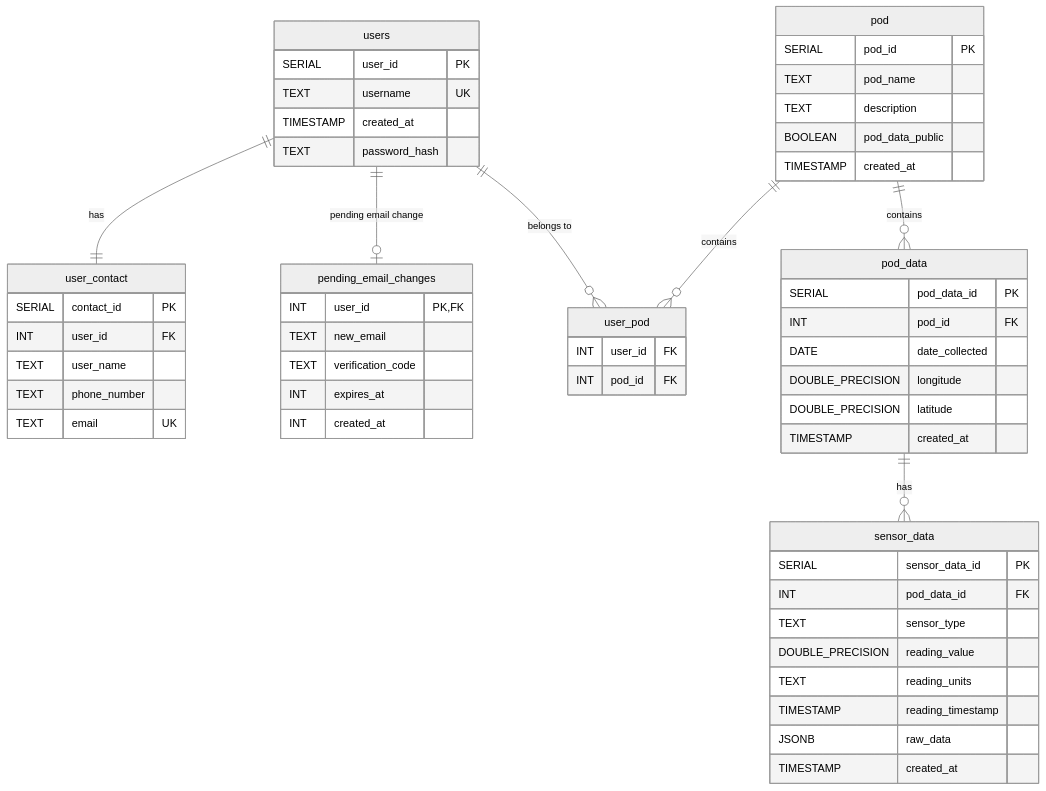
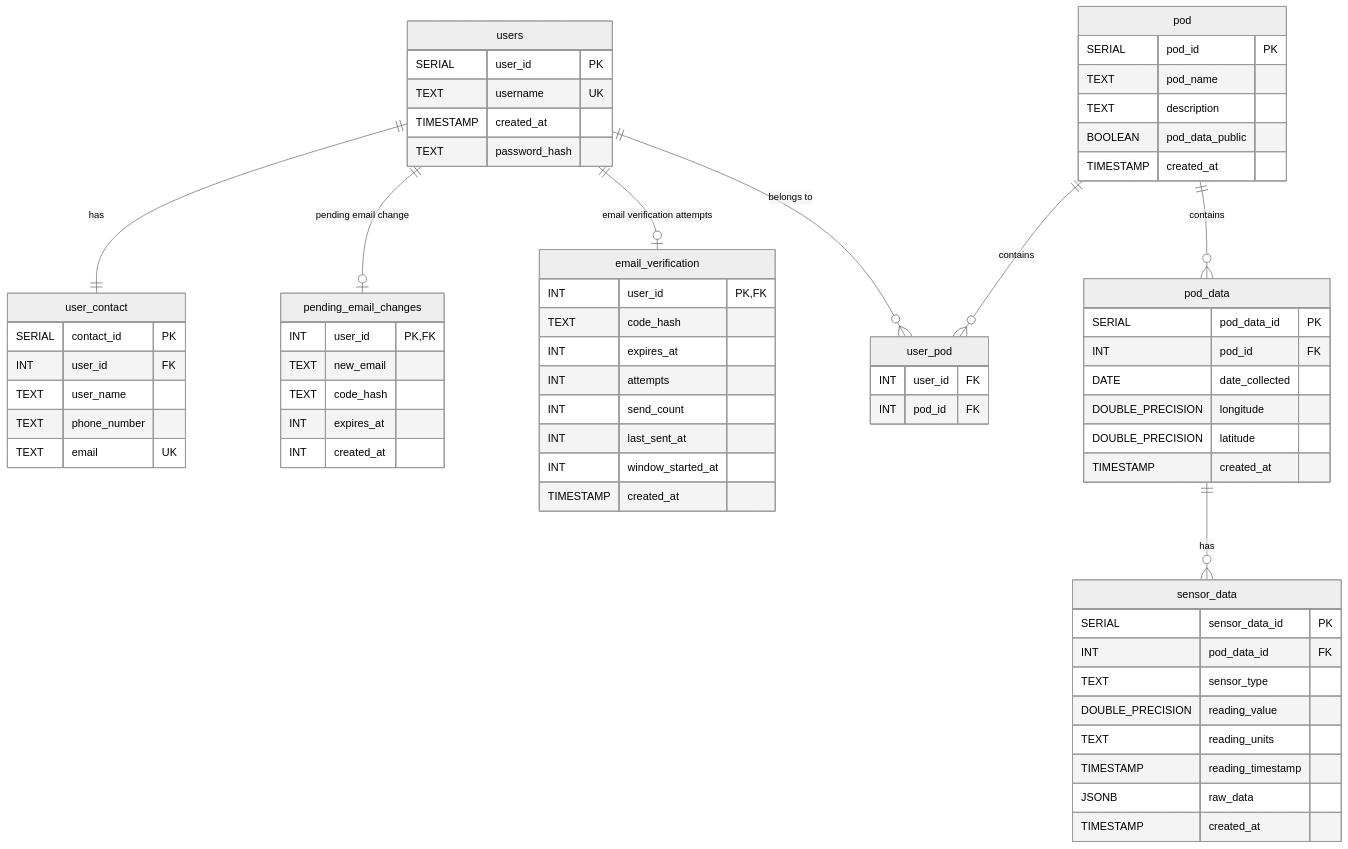
Before and after one commit to EricGosnell/Environmental-Variance-Analyzer: the diagram in Documentation/database_diagram.md, drawn with Mermaid (neutral theme). The commit also changed other lines of this file and 3 other files, not shown here.

Commit message:
Refine user email verification flow and update database schema

````diff
--- a/Documentation/database_diagram.md
+++ b/Documentation/database_diagram.md
@@ -7,65 +7,77 @@
 ```mermaid
 erDiagram
     users {
         SERIAL user_id PK
         TEXT username UK
         TIMESTAMP created_at
         TEXT password_hash
     }
     
     user_contact {
         SERIAL contact_id PK
         INT user_id FK
         TEXT user_name
         TEXT phone_number
         TEXT email UK
     }
 
     pending_email_changes {
         INT user_id PK,FK
         TEXT new_email
-        TEXT verification_code
+        TEXT code_hash
         INT expires_at
         INT created_at
+    }
+    
+    email_verification {
+        INT user_id PK,FK
+        TEXT code_hash
+        INT expires_at
+        INT attempts
+        INT send_count
+        INT last_sent_at
+        INT window_started_at
+        TIMESTAMP created_at
     }
     
     pod {
         SERIAL pod_id PK
         TEXT pod_name
         TEXT description
         BOOLEAN pod_data_public
         TIMESTAMP created_at
     }
     
     user_pod {
         INT user_id FK
         INT pod_id FK
     }
     
     pod_data {
         SERIAL pod_data_id PK
         INT pod_id FK
         DATE date_collected
         DOUBLE_PRECISION longitude
         DOUBLE_PRECISION latitude
         TIMESTAMP created_at
     }
     
     sensor_data {
         SERIAL sensor_data_id PK
         INT pod_data_id FK
         TEXT sensor_type
         DOUBLE_PRECISION reading_value
         TEXT reading_units
         TIMESTAMP reading_timestamp
         JSONB raw_data
         TIMESTAMP created_at
     }
     
     users ||--|| user_contact : "has"
     users ||--o| pending_email_changes : "pending email change"
+    users ||--o| email_verification : "email verification attempts"
     users ||--o{ user_pod : "belongs to"
     pod ||--o{ user_pod : "contains"
     pod ||--o{ pod_data : "contains"
     pod_data ||--o{ sensor_data : "has"
 ```
````
